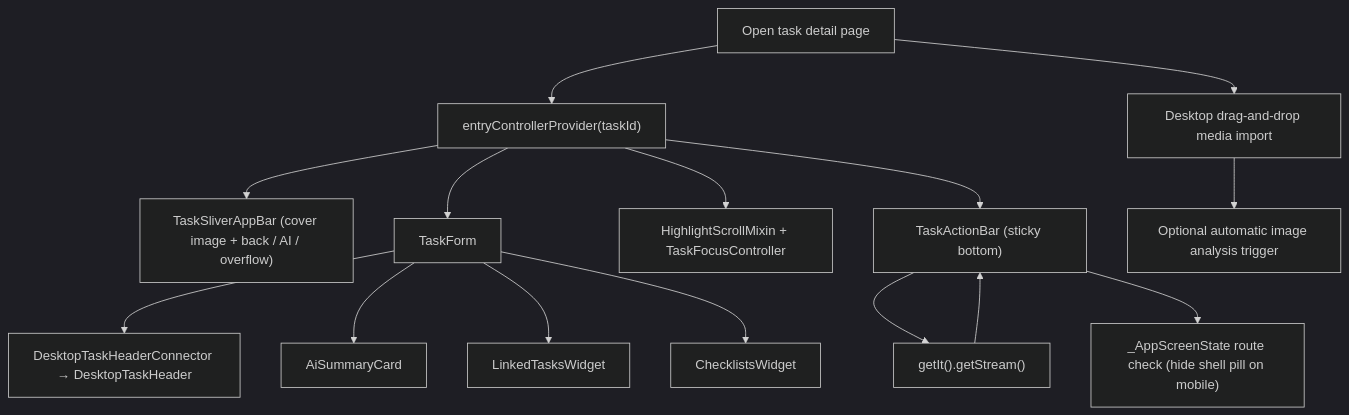
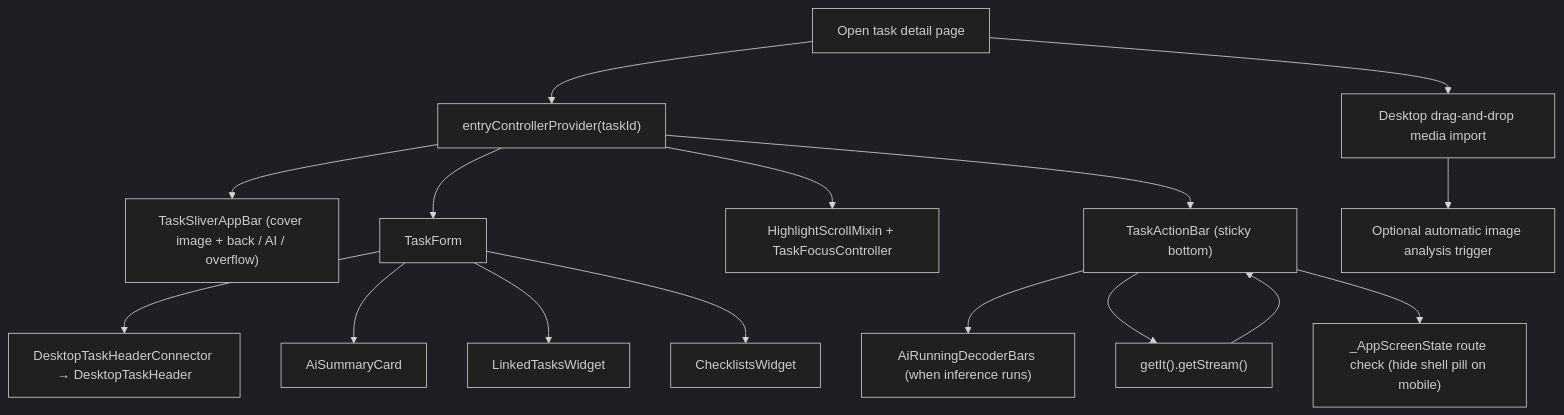
One commit to matthiasn/lotti changed the fourth of 13 diagrams in lib/features/tasks/README.md. Above: the diagram before and after it, drawn with Mermaid (dark theme). The commit also changed other lines of this file and 14 other files, not shown here.

````diff
--- a/lib/features/tasks/README.md
+++ b/lib/features/tasks/README.md
@@ -215,17 +220,18 @@
 ```mermaid
 flowchart TD
   Open["Open task detail page"] --> Load["entryControllerProvider(taskId)"]
   Load --> AppBar["TaskSliverAppBar (cover image + back / AI / overflow)"]
   Load --> Form["TaskForm"]
   Form --> Header["DesktopTaskHeaderConnector → DesktopTaskHeader"]
   Form --> Agents["AiSummaryCard"]
   Form --> Linked["LinkedTasksWidget"]
   Form --> Checklists["ChecklistsWidget"]
   Load --> Focus["HighlightScrollMixin + TaskFocusController"]
   Load --> ActionBar["TaskActionBar (sticky bottom)"]
+  ActionBar --> DecoderBars["AiRunningDecoderBars (when inference runs)"]
   ActionBar --> TimeService["getIt<TimeService>().getStream()"]
   TimeService --> ActionBar
   ActionBar --> NavHide["_AppScreenState route check (hide shell pill on mobile)"]
   Open --> Drop["Desktop drag-and-drop media import"]
   Drop --> ImageAnalysis["Optional automatic image analysis trigger"]
 ```
````
